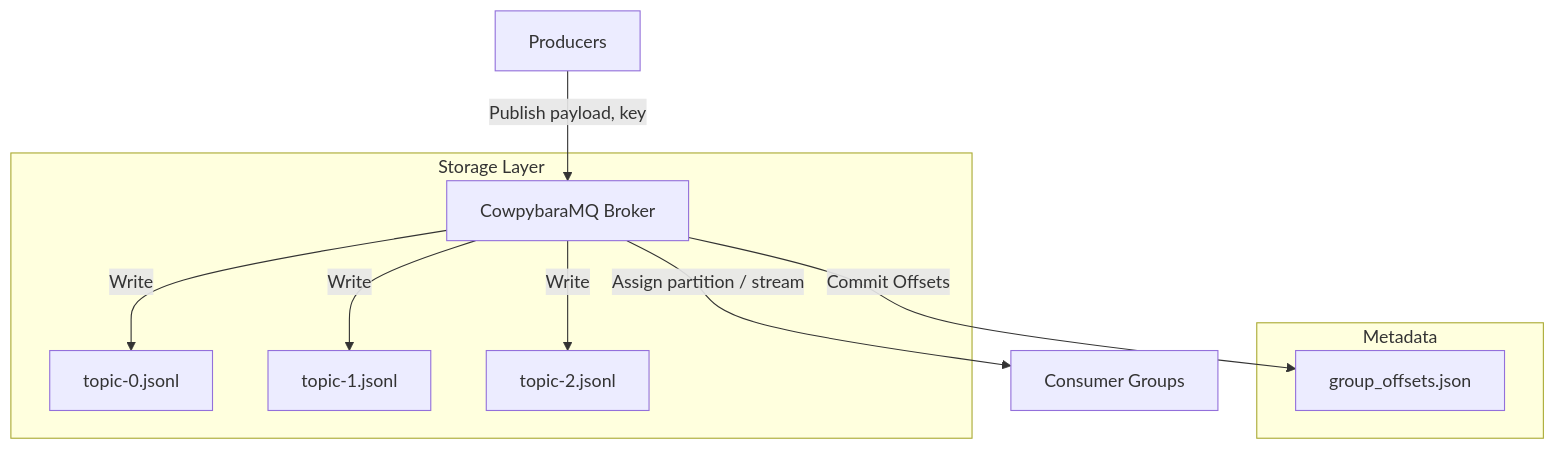
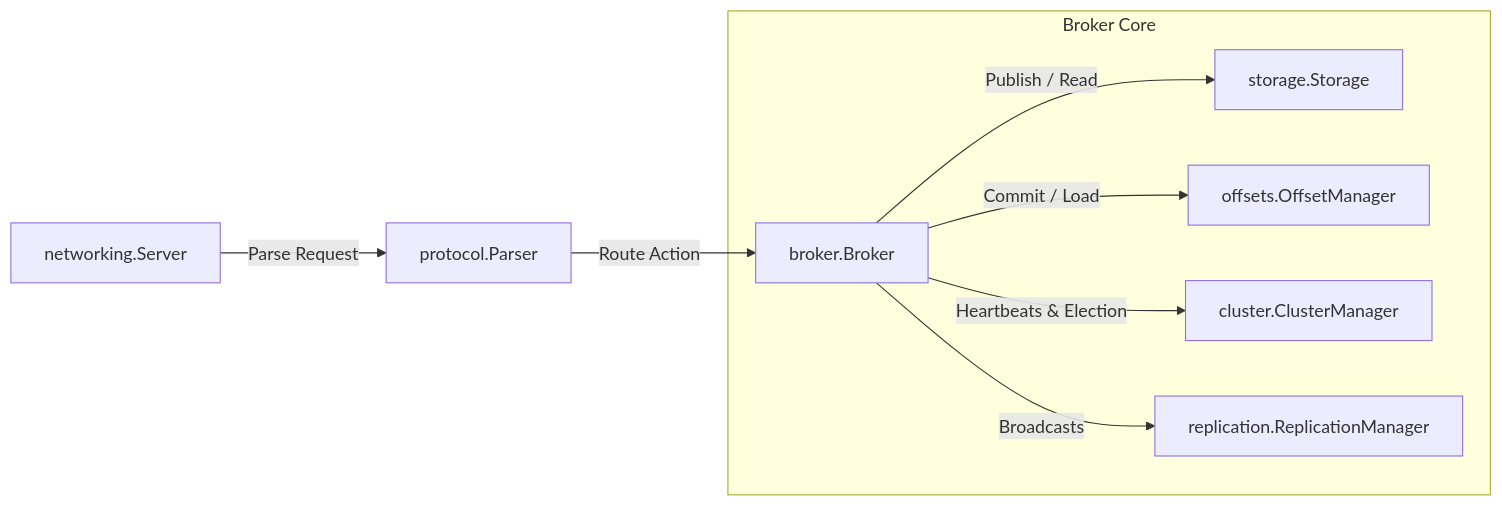
The second of 6 diagrams in README.md (aryanp160/cowpybaraMQ), drawn with Mermaid before and after one commit. The commit also changed other lines of this file and 3 other files, not shown here.

Commit message:
docs(readme): add architecture, benchmarks, sequence diagrams and comprehensive documentation

````diff
--- a/README.md
+++ b/README.md
@@ -35,15 +96,12 @@
 ```mermaid
-graph TD
-    Producer[Producers] -->|Publish payload, key| Broker[CowpybaraMQ Broker]
-    Broker -->|Assign partition / stream| Consumer[Consumer Groups]
+graph LR
+    Server[networking.Server] -->|Parse Request| Protocol[protocol.Parser]
+    Protocol -->|Route Action| Broker[broker.Broker]
     
-    subgraph Storage Layer
-        Broker -->|Write| Part0[topic-0.jsonl]
-        Broker -->|Write| Part1[topic-1.jsonl]
-        Broker -->|Write| Part2[topic-2.jsonl]
-    end
-    
-    subgraph Metadata
-        Broker -->|Commit Offsets| Offsets[group_offsets.json]
+    subgraph Broker Core
+        Broker -->|Publish / Read| Storage[storage.Storage]
+        Broker -->|Commit / Load| Offsets[offsets.OffsetManager]
+        Broker -->|Heartbeats & Election| Cluster[cluster.ClusterManager]
+        Broker -->|Broadcasts| Replication[replication.ReplicationManager]
     end
 ```
````
